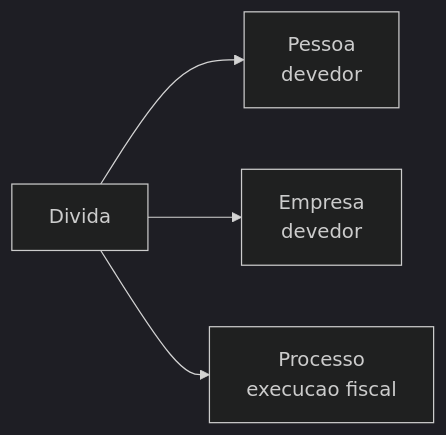
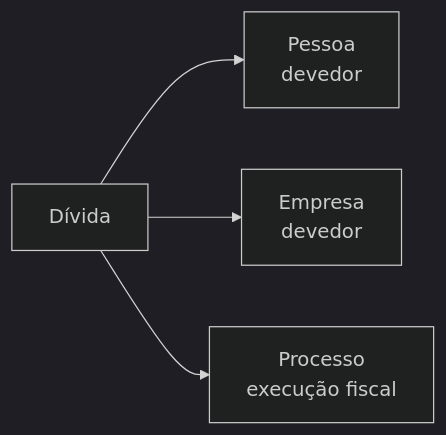
The diagram in entidades/divida.mdx (Sherlocker-LTDA/docs), drawn with Mermaid (dark theme) before and after one commit. The commit also changed other lines of this file and 34 other files, not shown here.

````diff
--- a/entidades/divida.mdx
+++ b/entidades/divida.mdx
@@ -76,6 +76,6 @@
 ```mermaid
 graph LR
-  D[Divida] --> P[Pessoa<br/>devedor]
+  D[Dívida] --> P[Pessoa<br/>devedor]
   D --> E[Empresa<br/>devedor]
-  D --> PR[Processo<br/>execucao fiscal]
+  D --> PR[Processo<br/>execução fiscal]
 ```
````
